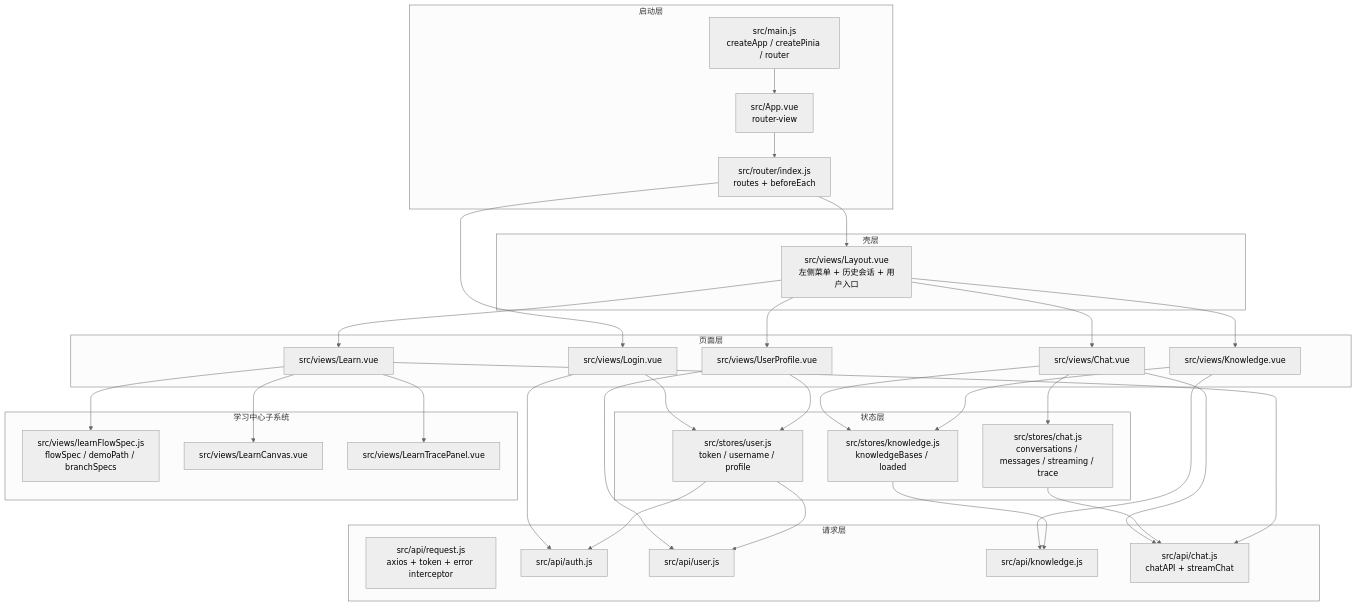
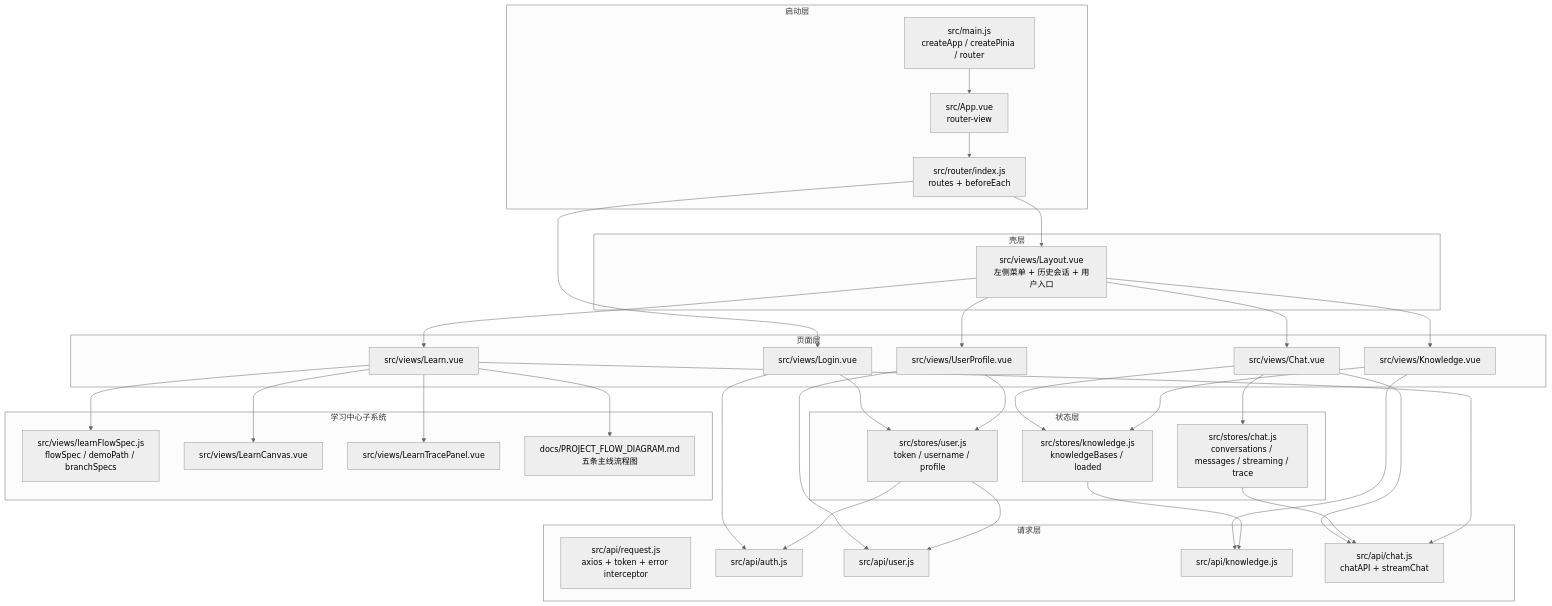
Before and after one commit to baiye-banned/Agent_about_answer: the second of 8 diagrams in docs/PROJECT_ARCHITECTURE_FULL.md, drawn with Mermaid (neutral theme). The commit also changed other lines of this file and 53 other files, not shown here.

````diff
--- a/docs/PROJECT_ARCHITECTURE_FULL.md
+++ b/docs/PROJECT_ARCHITECTURE_FULL.md
@@ -78,66 +95,68 @@
 ```mermaid
 flowchart TD
   subgraph Bootstrap["启动层"]
     MainJS["src/main.js<br/>createApp / createPinia / router"]
     AppVue["src/App.vue<br/>router-view"]
     Router["src/router/index.js<br/>routes + beforeEach"]
   end
 
   subgraph Shell["壳层"]
     LayoutVue["src/views/Layout.vue<br/>左侧菜单 + 历史会话 + 用户入口"]
   end
 
   subgraph Pages["页面层"]
     Login["src/views/Login.vue"]
     Chat["src/views/Chat.vue"]
     Knowledge["src/views/Knowledge.vue"]
     Learn["src/views/Learn.vue"]
     Profile["src/views/UserProfile.vue"]
   end
 
   subgraph Stores["状态层"]
     UserStore["src/stores/user.js<br/>token / username / profile"]
     ChatStore["src/stores/chat.js<br/>conversations / messages / streaming / trace"]
     KnowledgeStore["src/stores/knowledge.js<br/>knowledgeBases / loaded"]
   end
 
   subgraph API["请求层"]
     Request["src/api/request.js<br/>axios + token + error interceptor"]
     AuthAPI["src/api/auth.js"]
     UserAPI["src/api/user.js"]
     KnowledgeAPI["src/api/knowledge.js"]
     ChatAPI["src/api/chat.js<br/>chatAPI + streamChat"]
   end
 
   subgraph LearnFlow["学习中心子系统"]
     FlowSpec["src/views/learnFlowSpec.js<br/>flowSpec / demoPath / branchSpecs"]
     Canvas["src/views/LearnCanvas.vue"]
     TracePanel["src/views/LearnTracePanel.vue"]
+    FlowDoc["docs/PROJECT_FLOW_DIAGRAM.md<br/>五条主线流程图"]
   end
 
   MainJS --> AppVue --> Router --> LayoutVue
   LayoutVue --> Chat
   LayoutVue --> Knowledge
   LayoutVue --> Learn
   LayoutVue --> Profile
   Router --> Login
 
   Login --> UserStore
   Profile --> UserStore
   Chat --> ChatStore
   Chat --> KnowledgeStore
   Knowledge --> KnowledgeStore
   Knowledge --> KnowledgeAPI
   Chat --> ChatAPI
   Login --> AuthAPI
   Profile --> UserAPI
   UserStore --> AuthAPI
   UserStore --> UserAPI
   ChatStore --> ChatAPI
   KnowledgeStore --> KnowledgeAPI
 
   Learn --> FlowSpec
   Learn --> Canvas
   Learn --> TracePanel
+  Learn --> FlowDoc
   Learn --> ChatAPI
 ```
````
